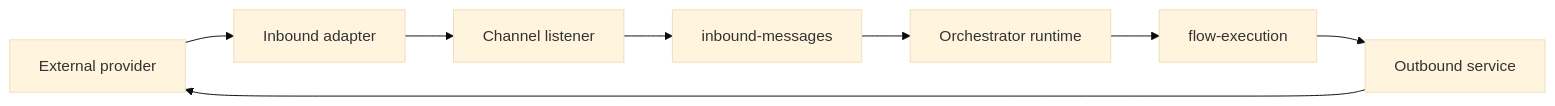
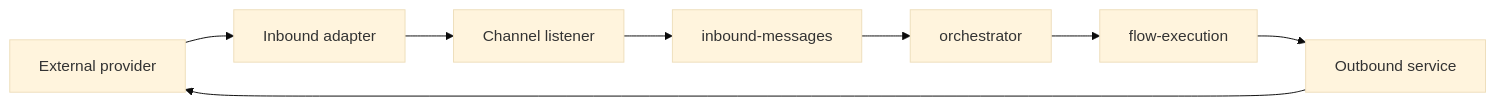
One commit to CiceroDeveloper01/rag-platform changed the first of 2 diagrams in docs/CHANNEL_INTEGRATION.md. Above: the diagram before and after it, drawn with Mermaid (base theme). The commit also changed other lines of this file and 191 other files, not shown here.

Commit message:
refactor: consolidate monorepo architecture, async documents flow and platform structure

````diff
--- a/docs/CHANNEL_INTEGRATION.md
+++ b/docs/CHANNEL_INTEGRATION.md
@@ -25,10 +24,10 @@
 ```mermaid
 flowchart LR
     Provider[External provider] --> Adapter[Inbound adapter]
     Adapter --> Listener[Channel listener]
     Listener --> InboundQ[inbound-messages]
-    InboundQ --> Orchestrator[Orchestrator runtime]
+    InboundQ --> Orchestrator[orchestrator]
     Orchestrator --> FlowQ[flow-execution]
     FlowQ --> Outbound[Outbound service]
     Outbound --> Provider
 ```
````
